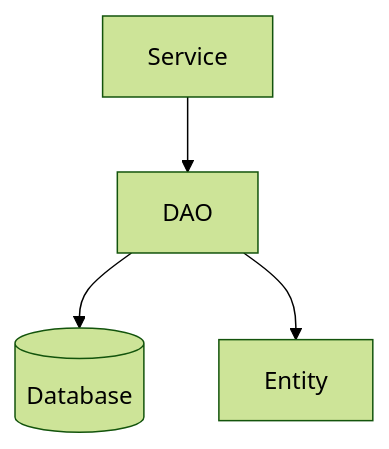
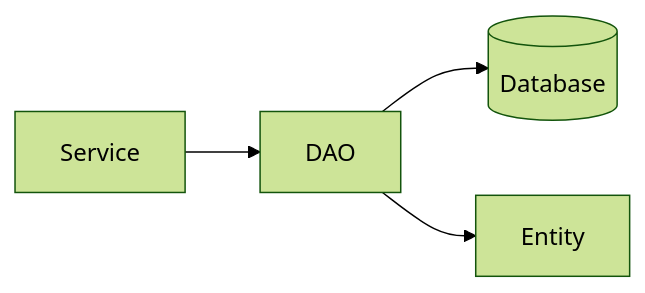
Before and after one commit to shunikd/terasoluna-training: the fourth of 7 diagrams in 04_web-application/04_mvc.md, drawn with Mermaid (forest theme). The commit also changed 3 other files, not shown here.

````diff
--- a/04_web-application/04_mvc.md
+++ b/04_web-application/04_mvc.md
@@ -110,17 +110,17 @@
 ```mermaid
-flowchart TB
+flowchart LR
 
     Service[Service]
 
     DAO[DAO]
 
     Entity[Entity]
 
     DB[(Database)]
 
     Service --> DAO
 
     DAO --> DB
 
     DAO --> Entity
 ```
````
